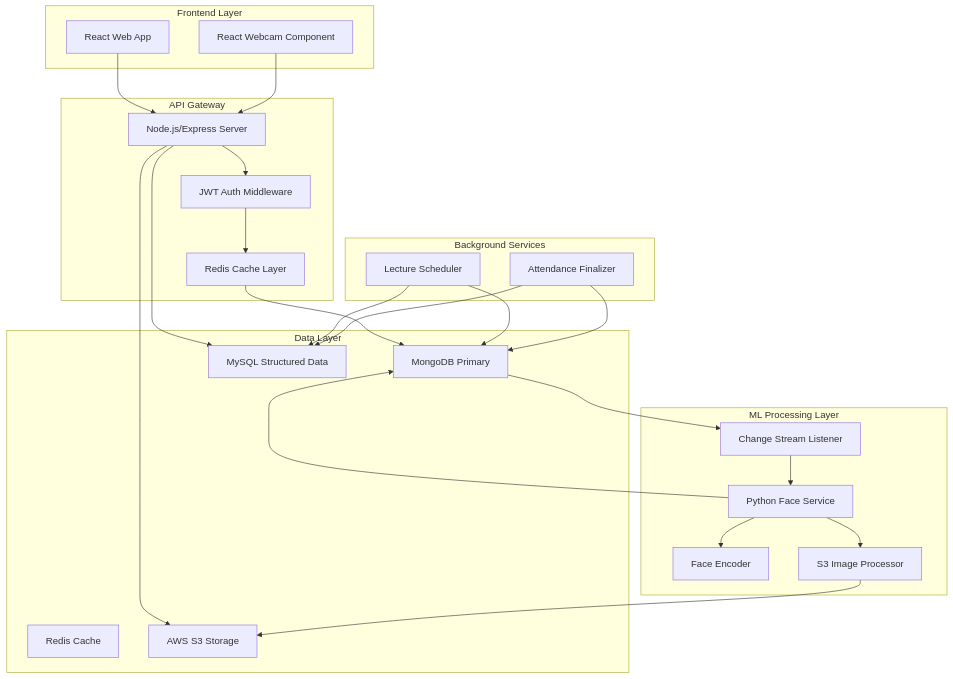
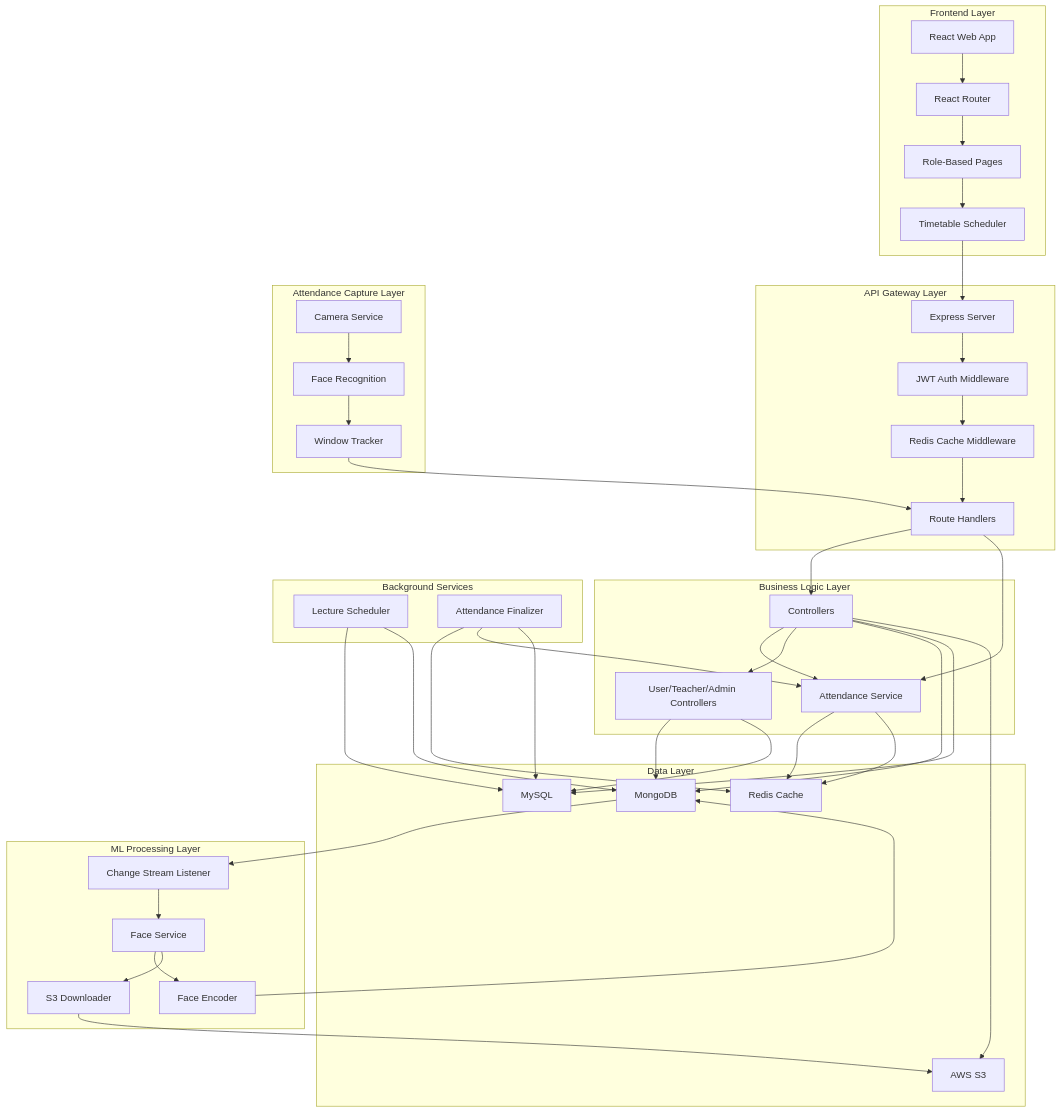
The first of 4 diagrams in README.md (suryansh101gupta/ClassMonitor), drawn with Mermaid before and after one commit. The commit also changed other lines of this file, not shown here.

````diff
--- a/README.md
+++ b/README.md
@@ -7,50 +20,80 @@
 ```mermaid
 graph TB
     subgraph "Frontend Layer"
         A[React Web App]
-        B[React Webcam Component]
+        B[React Router]
+        C[Role-Based Pages]
+        D[Timetable Scheduler]
     end
     
-    subgraph "API Gateway"
-        C[Node.js/Express Server]
-        D[JWT Auth Middleware]
-        E[Redis Cache Layer]
+    subgraph "API Gateway Layer"
+        E[Express Server]
+        F[JWT Auth Middleware]
+        G[Redis Cache Middleware]
+        H[Route Handlers]
+    end
+    
+    subgraph "Business Logic Layer"
+        I[Controllers]
+        J[Attendance Service]
+        K[User/Teacher/Admin Controllers]
     end
     
     subgraph "Data Layer"
-        F[MongoDB Primary]
-        G[Redis Cache]
-        H[AWS S3 Storage]
-        I[MySQL Structured Data]
+        L[MongoDB]
+        M[MySQL]
+        N[Redis Cache]
+        O[AWS S3]
     end
     
     subgraph "ML Processing Layer"
-        J[Python Face Service]
-        K[Change Stream Listener]
-        L[Face Encoder]
-        M[S3 Image Processor]
+        P[Face Service]
+        Q[Change Stream Listener]
+        R[Face Encoder]
+        S[S3 Downloader]
+    end
+    
+    subgraph "Attendance Capture Layer"
+        T[Camera Service]
+        U[Face Recognition]
+        V[Window Tracker]
     end
     
     subgraph "Background Services"
-        N[Lecture Scheduler]
-        O[Attendance Finalizer]
+        W[Lecture Scheduler]
+        X[Attendance Finalizer]
     end
     
-    A --> C
+    A --> B
     B --> C
     C --> D
     D --> E
     E --> F
-    C --> H
-    F --> K
-    K --> J
-    J --> L
-    J --> M
-    M --> H
-    J --> F
-    C --> I
-    N --> F
-    N --> I
-    O --> F
-    O --> I
+    F --> G
+    G --> H
+    H --> I
+    I --> J
+    I --> K
+    J --> N
+    K --> L
+    K --> M
+    I --> L
+    I --> M
+    I --> O
+    L --> Q
+    Q --> P
+    P --> R
+    P --> S
+    S --> O
+    R --> L
+    T --> U
+    U --> V
+    V --> H
+    H --> J
+    J --> N
+    W --> M
+    W --> L
+    X --> N
+    X --> J
+    X --> M
 ```
````
